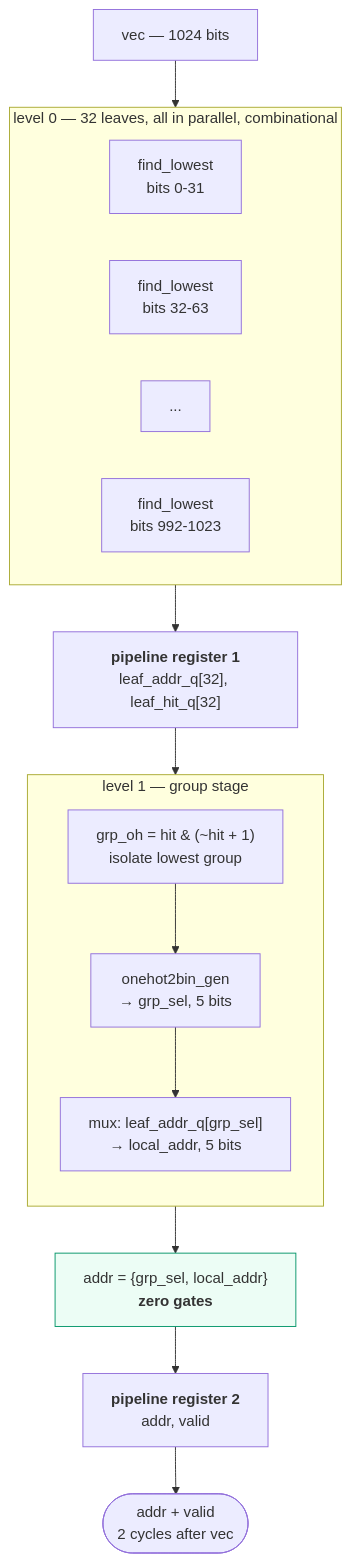
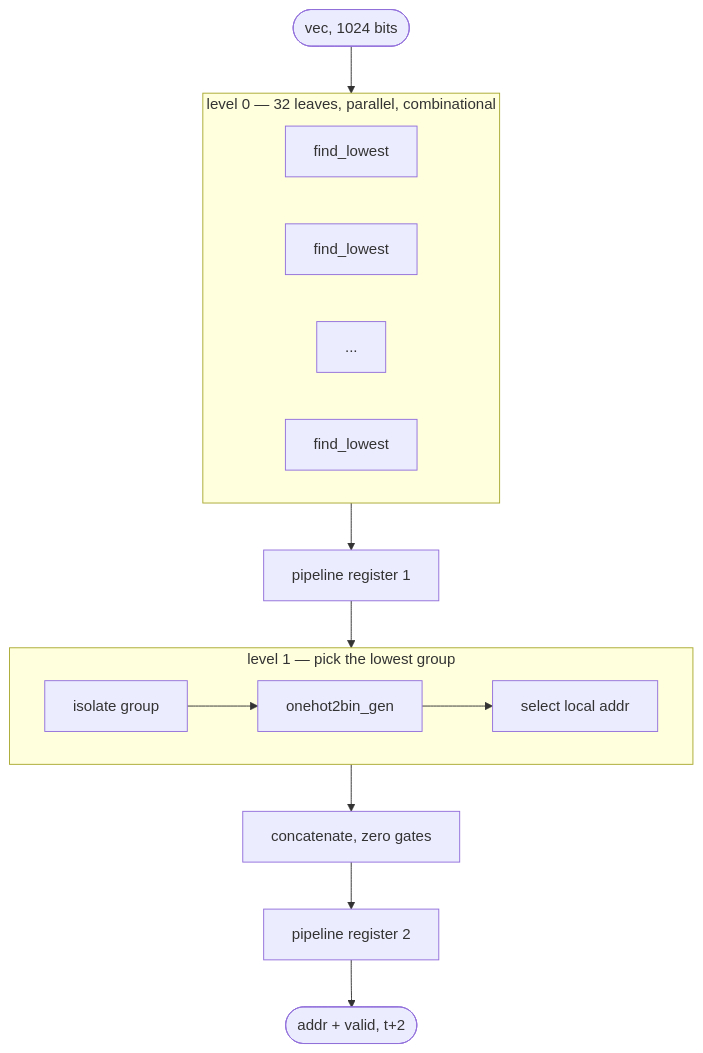
One commit to Rushmello369/fpga-feed-handler changed the third of 5 diagrams in docs/diagrams/priority_encoder.md. Above: the diagram before and after it, drawn with Mermaid. The commit also changed other lines of this file and 12 other files, not shown here.

Commit message:
add diagrams for system and module architectures

````diff
--- a/docs/diagrams/priority_encoder.md
+++ b/docs/diagrams/priority_encoder.md
@@ -61,32 +46,21 @@
 ```mermaid
-flowchart TB
-    VEC["vec — 1024 bits"]
-
-    subgraph L0["level 0 — 32 leaves, all in parallel, combinational"]
+flowchart TD
+    VEC([vec, 1024 bits])
+    VEC --> L0
+    subgraph L0["level 0 — 32 leaves, parallel, combinational"]
         direction LR
-        G0["find_lowest<br/>bits 0-31"]
-        G1["find_lowest<br/>bits 32-63"]
-        GD["..."]
-        G31["find_lowest<br/>bits 992-1023"]
+        G0[find_lowest]
+        G1[find_lowest]
+        GD[...]
+        G31[find_lowest]
     end
-
-    REG1["<b>pipeline register 1</b><br/>leaf_addr_q[32], leaf_hit_q[32]"]
-
-    subgraph L1["level 1 — group stage"]
-        direction TB
-        ISO["grp_oh = hit & (~hit + 1)<br/>isolate lowest group"]
-        O2B["onehot2bin_gen<br/>→ grp_sel, 5 bits"]
-        MUX["mux: leaf_addr_q[grp_sel]<br/>→ local_addr, 5 bits"]
+    L0 --> REG1[pipeline register 1]
+    REG1 --> L1
+    subgraph L1["level 1 — pick the lowest group"]
+        direction LR
+        ISO[isolate group] --> O2B[onehot2bin_gen] --> MUX[select local addr]
     end
-
-    CONCAT["addr = {grp_sel, local_addr}<br/><b>zero gates</b>"]
-    REG2["<b>pipeline register 2</b><br/>addr, valid"]
-    OUT(["addr + valid<br/>2 cycles after vec"])
-
-    VEC --> L0 --> REG1 --> L1
-    ISO --> O2B --> MUX
-    L1 --> CONCAT --> REG2 --> OUT
-
-    classDef free fill:#ecfdf5,stroke:#059669
-    class CONCAT free
+    L1 --> CAT[concatenate, zero gates]
+    CAT --> REG2[pipeline register 2]
+    REG2 --> OUT([addr + valid, t+2])
 ```
````
